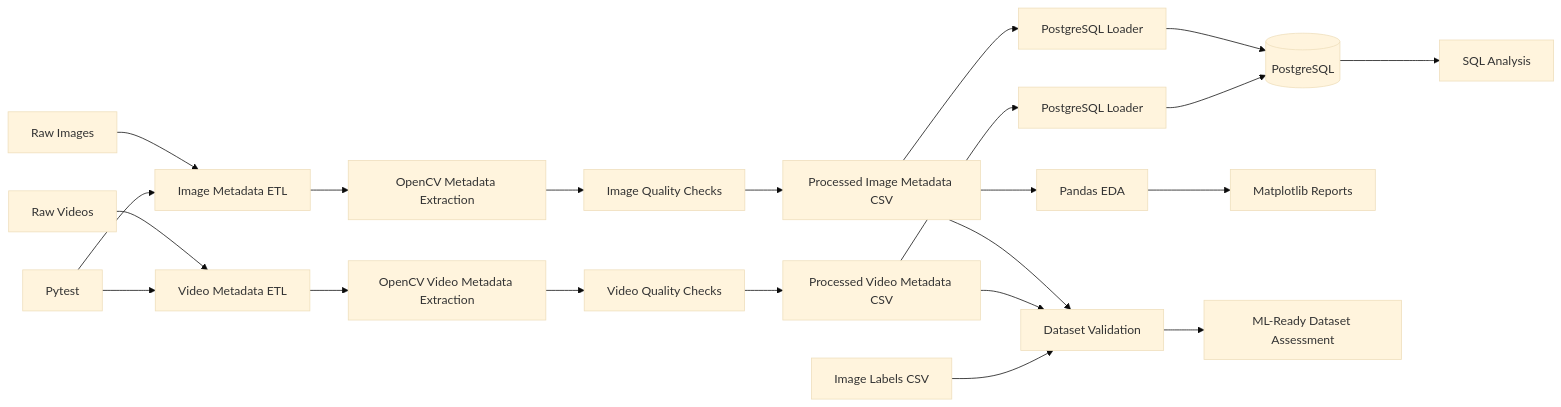
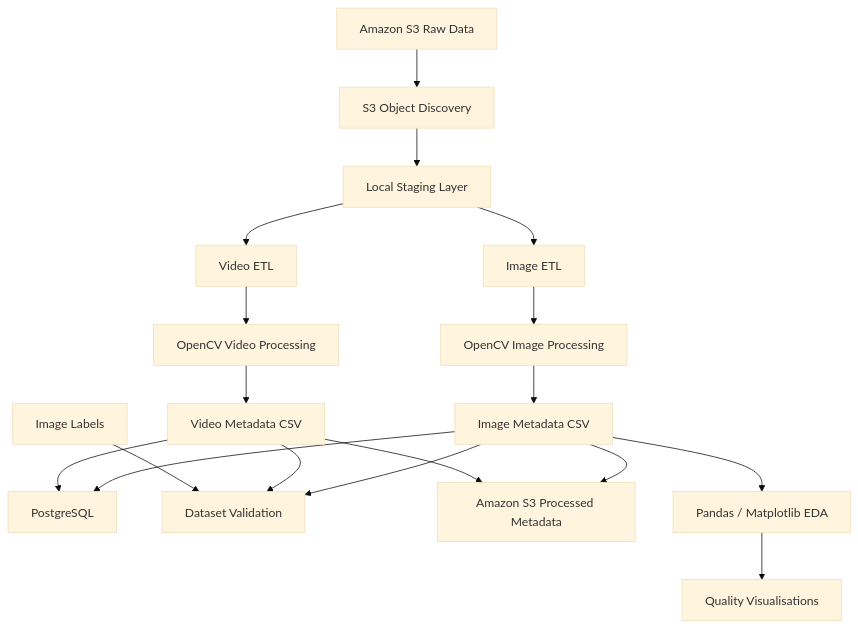
Before and after one commit to Krishnakanth-21/sentinelvision: the diagram in README.md, drawn with Mermaid (base theme). The commit also changed other lines of this file, not shown here.

````diff
--- a/README.md
+++ b/README.md
@@ -9,36 +13,27 @@
 ```mermaid
-flowchart LR
+flowchart TD
+    A[Amazon S3 Raw Data] --> B[S3 Object Discovery]
+    B --> C[Local Staging Layer]
 
-    A[Raw Images] --> C[Image Metadata ETL]
-    B[Raw Videos] --> D[Video Metadata ETL]
+    C --> D[Image ETL]
+    C --> E[Video ETL]
 
-    C --> E[OpenCV Metadata Extraction]
-    D --> F[OpenCV Video Metadata Extraction]
+    D --> F[OpenCV Image Processing]
+    E --> G[OpenCV Video Processing]
 
-    E --> G[Image Quality Checks]
-    F --> H[Video Quality Checks]
+    F --> H[Image Metadata CSV]
+    G --> I[Video Metadata CSV]
 
-    G --> I[Processed Image Metadata CSV]
-    H --> J[Processed Video Metadata CSV]
+    H --> J[PostgreSQL]
+    I --> J
 
-    I --> K[Dataset Validation]
-    J --> K
+    H --> K[Dataset Validation]
+    I --> K
+    L[Image Labels] --> K
 
-    L[Image Labels CSV] --> K
+    H --> M[Amazon S3 Processed Metadata]
+    I --> M
 
-    I --> M[PostgreSQL Loader]
-    J --> N[PostgreSQL Loader]
-
-    M --> O[(PostgreSQL)]
-    N --> O
-
-    O --> P[SQL Analysis]
-
-    I --> Q[Pandas EDA]
-    Q --> R[Matplotlib Reports]
-
-    K --> S[ML-Ready Dataset Assessment]
-
-    T[Pytest] --> C
-    T --> D
+    H --> N[Pandas / Matplotlib EDA]
+    N --> O[Quality Visualisations]
 ```
````
